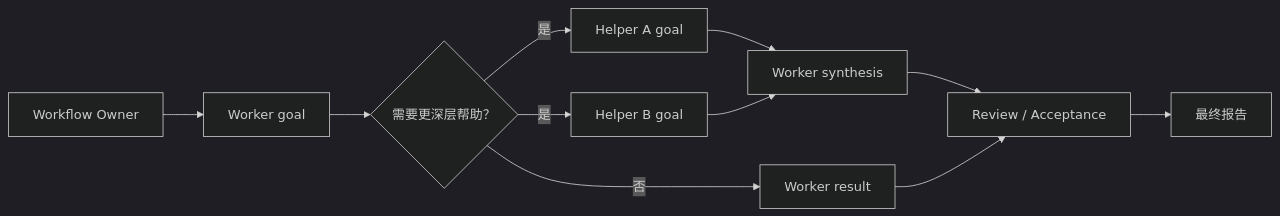
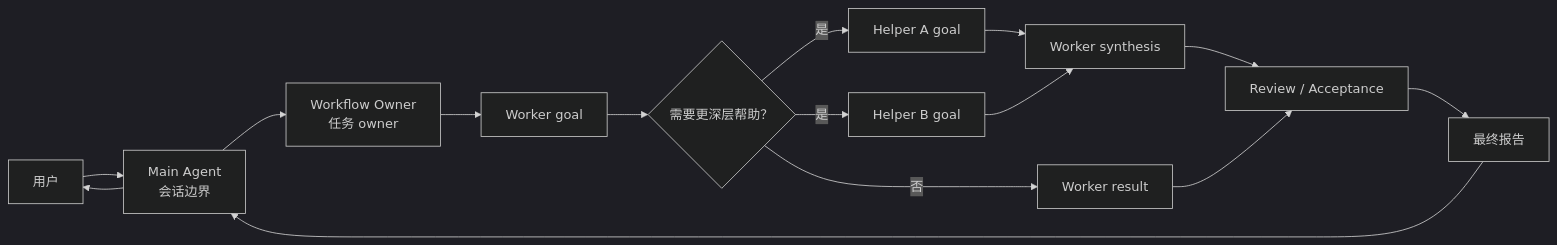
The third of 3 diagrams in README.zh-CN.md (patrick-fu/parallel-goal-workflows), drawn with Mermaid (dark theme) before and after one commit. The commit also changed other lines of this file and 1 other file, not shown here.

Commit message:
Complete workflow diagrams with user boundary
- Add User and Main Agent entry points to synthesis and nested-helper diagrams.

- Return synthesis and nested-helper report paths back through the Main Agent.

- Keep English and Chinese public README diagrams structurally aligned.

````diff
--- a/README.zh-CN.md
+++ b/README.zh-CN.md
@@ -116,13 +120,17 @@
 ```mermaid
 flowchart LR
-  Owner["Workflow Owner"] --> W["Worker goal"]
+  User["用户"] --> Main["Main Agent<br/>会话边界"]
+  Main --> Owner["Workflow Owner<br/>任务 owner"]
+  Owner --> W["Worker goal"]
   W --> Decision{"需要更深层帮助？"}
   Decision -- "是" --> A["Helper A goal"]
   Decision -- "是" --> B["Helper B goal"]
   A --> S["Worker synthesis"]
   B --> S
   Decision -- "否" --> Direct["Worker result"]
   S --> Review["Review / Acceptance"]
   Direct --> Review
   Review --> Report["最终报告"]
+  Report --> Main
+  Main --> User
 ```
````
